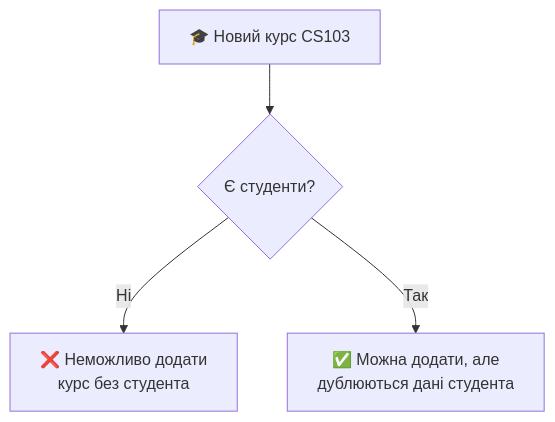
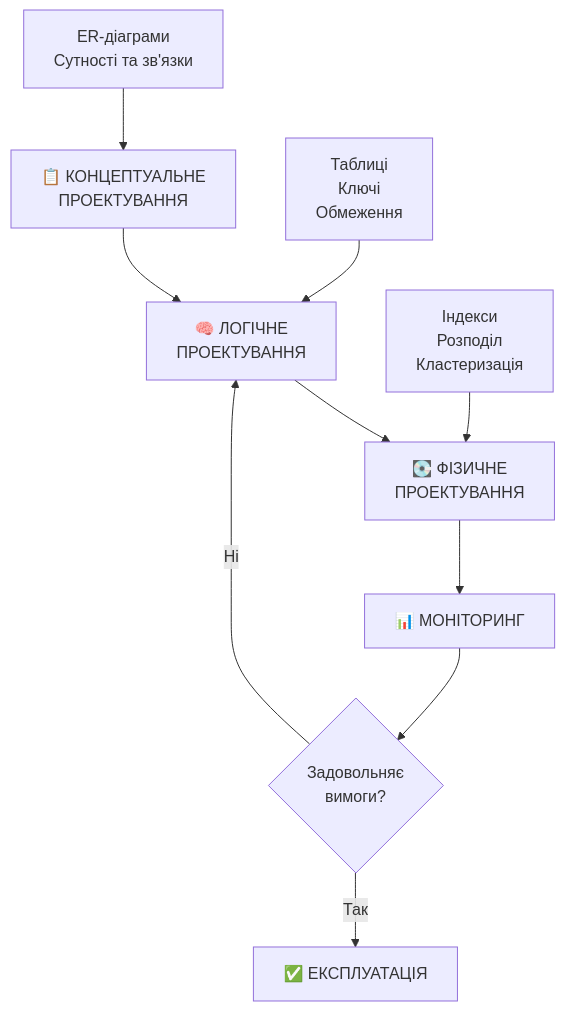
The first of 10 diagrams in presentations/presentation-06.md (olroi421/course-bd), drawn with Mermaid before and after one commit. The commit also changed other lines of this file and 12 other files, not shown here.

````diff
--- a/presentations/presentation-06.md
+++ b/presentations/presentation-06.md
@@ -48,6 +31,14 @@
 ```mermaid
 graph TD
-    A[🎓 Новий курс CS103] --> B{Є студенти?}
-    B -->|Ні| C[❌ Неможливо додати<br/>курс без студента]
-    B -->|Так| D[✅ Можна додати, але<br/>дублюються дані студента]
+    A[📋 КОНЦЕПТУАЛЬНЕ<br/>ПРОЕКТУВАННЯ] --> B[🧠 ЛОГІЧНЕ<br/>ПРОЕКТУВАННЯ]
+    B --> C[💽 ФІЗИЧНЕ<br/>ПРОЕКТУВАННЯ]
+
+    A1[ER-діаграми<br/>Сутності та зв'язки] --> A
+    B1[Таблиці<br/>Ключі<br/>Обмеження] --> B
+    C1[Індекси<br/>Розподіл<br/>Кластеризація] --> C
+
+    D[📊 МОНІТОРИНГ] --> E{Задовольняє<br/>вимоги?}
+    E -->|Ні| B
+    E -->|Так| F[✅ ЕКСПЛУАТАЦІЯ]
+    C --> D
 ```
````
